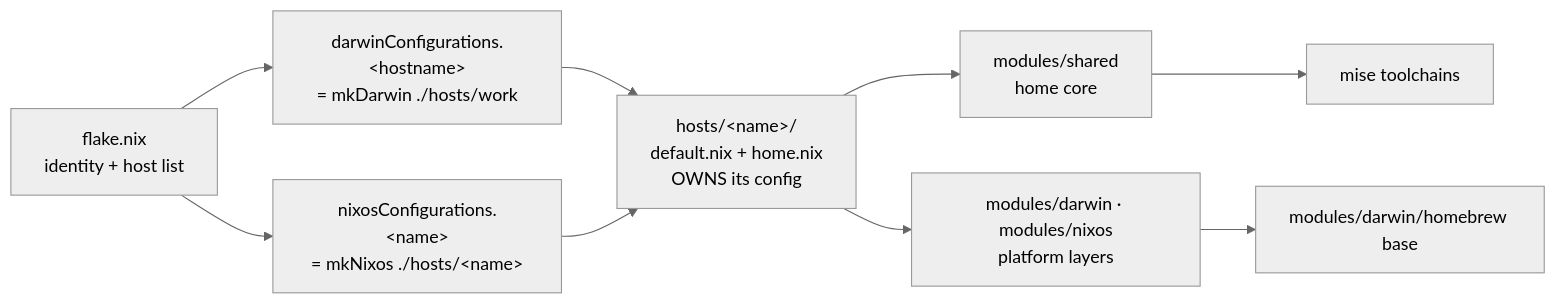
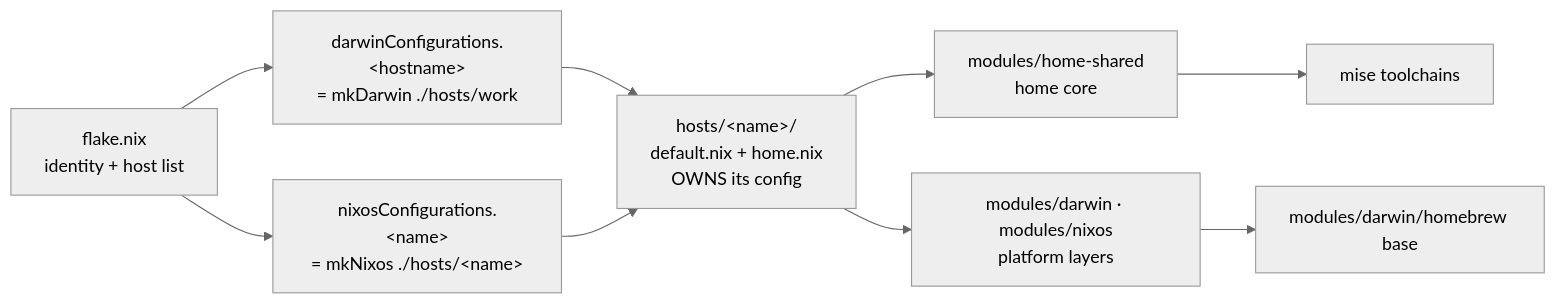
The first of 2 diagrams in README.md (hahunavth/nix-config), drawn with Mermaid (neutral theme) before and after one commit. The commit also changed other lines of this file and 42 other files, not shown here.

First line of the commit message:
refactor: rename modules/shared -> modules/home-shared

````diff
--- a/README.md
+++ b/README.md
@@ -13,11 +13,11 @@
 ```mermaid
 flowchart LR
   F[flake.nix<br/>identity + host list] --> D["darwinConfigurations.&lt;hostname&gt;<br/>= mkDarwin ./hosts/work"]
   F --> N["nixosConfigurations.&lt;name&gt;<br/>= mkNixos ./hosts/&lt;name&gt;"]
   D --> HW[hosts/&lt;name&gt;/<br/>default.nix + home.nix<br/>OWNS its config]
   N --> HW
-  HW --> SH[modules/shared<br/>home core]
+  HW --> SH[modules/home-shared<br/>home core]
   HW --> PL[modules/darwin · modules/nixos<br/>platform layers]
   PL --> BREW[modules/darwin/homebrew base]
   SH --> MISE[mise toolchains]
 ```
````
